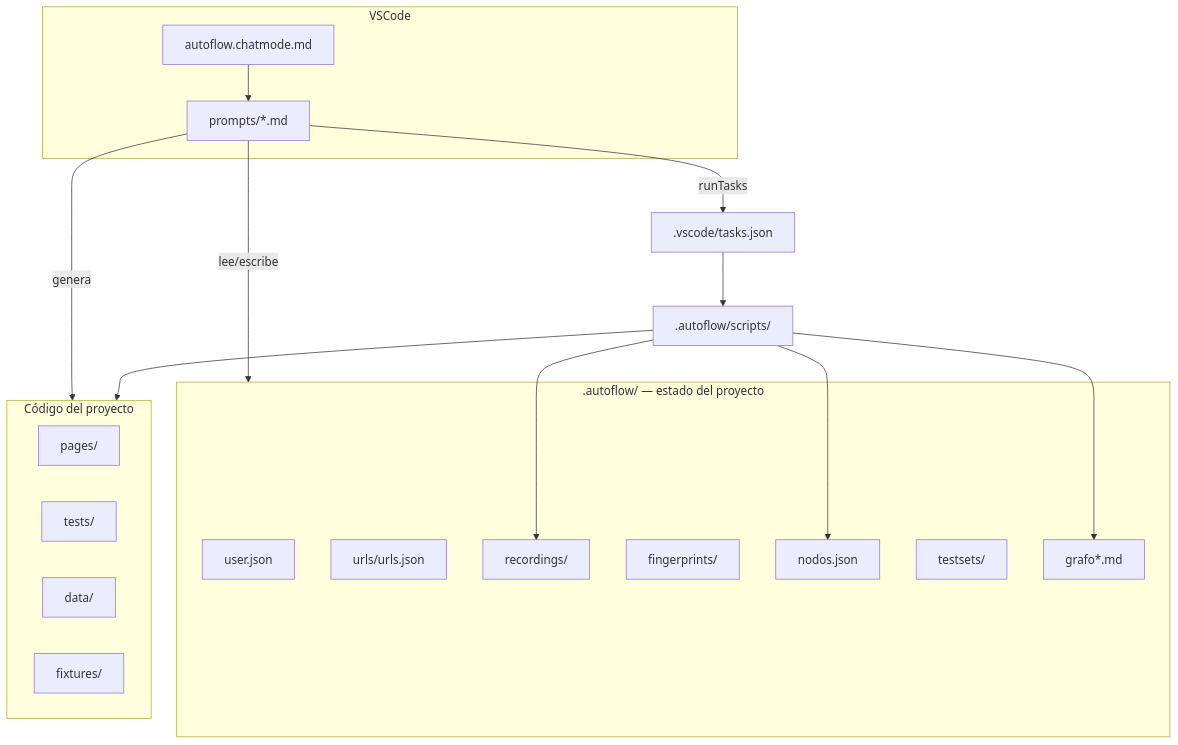
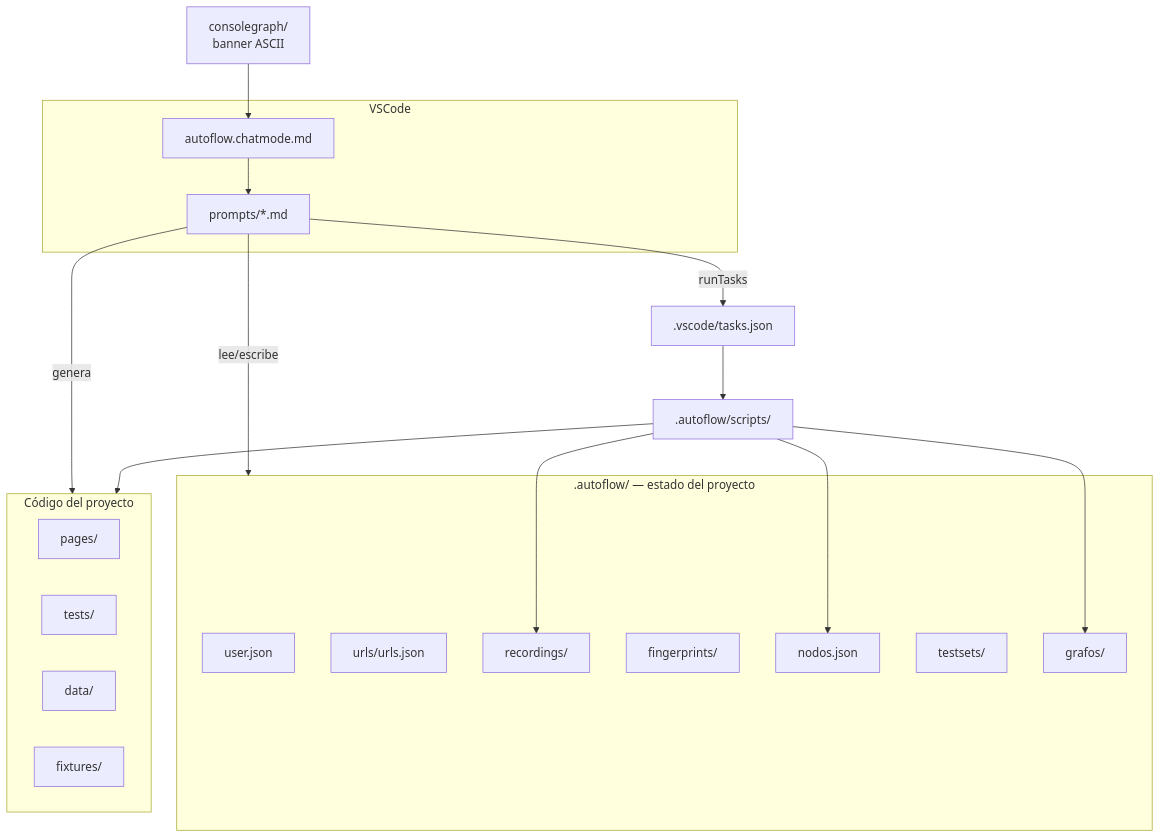
Before and after one commit to blass1/AutoFlowAgent: the second of 3 diagrams in README.md, drawn with Mermaid. The commit also changed other lines of this file and 15 other files, not shown here.

````diff
--- a/README.md
+++ b/README.md
@@ -62,34 +62,36 @@
 ```mermaid
 flowchart TB
     subgraph VSCode
       ChatMode[autoflow.chatmode.md]
       SubPrompts[prompts/*.md]
       ChatMode --> SubPrompts
     end
 
     subgraph Estado[".autoflow/ — estado del proyecto"]
       User[user.json]
       Urls[urls/urls.json]
       Recordings[recordings/]
       Fingerprints[fingerprints/]
       Nodos[nodos.json]
       TestSets[testsets/]
-      Grafos[grafo*.md]
+      Grafos[grafos/]
     end
+
+    Banner[consolegraph/<br/>banner ASCII] --> ChatMode
 
     subgraph Codigo[Código del proyecto]
       PagesDir[pages/]
       TestsDir[tests/]
       DataDir[data/]
       Fixtures[fixtures/]
     end
 
     SubPrompts -- lee/escribe --> Estado
     SubPrompts -- genera --> Codigo
     SubPrompts -- runTasks --> Tasks[.vscode/tasks.json]
     Tasks --> NodeScripts[.autoflow/scripts/]
     NodeScripts --> Recordings
     NodeScripts --> Nodos
     NodeScripts --> Grafos
     NodeScripts --> Codigo
 ```
````
